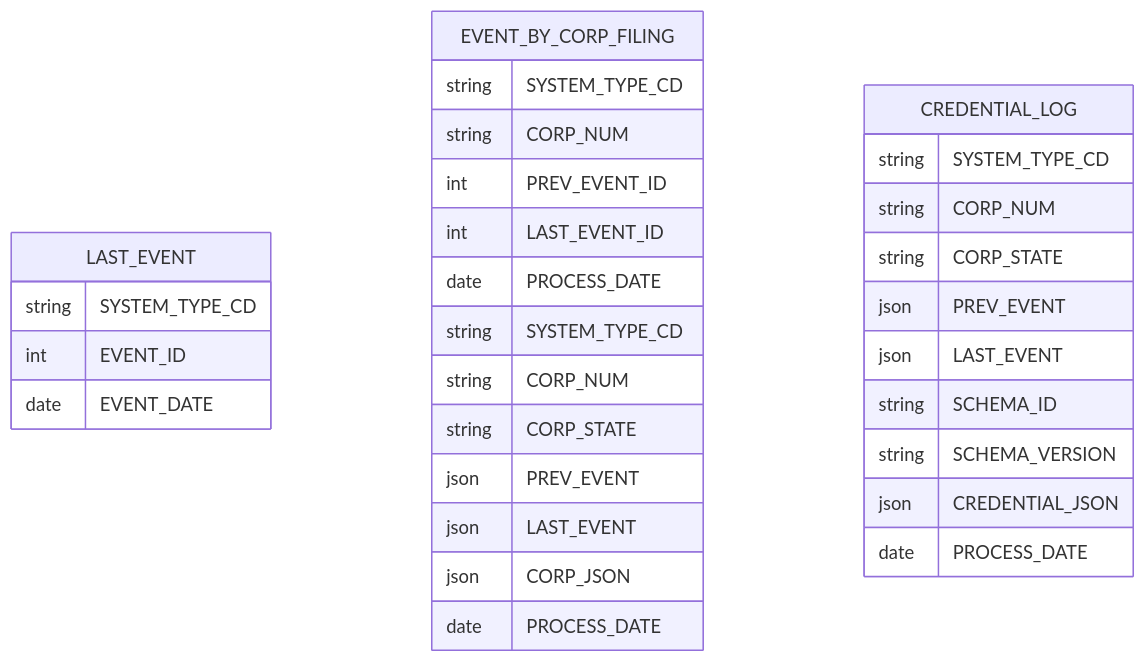
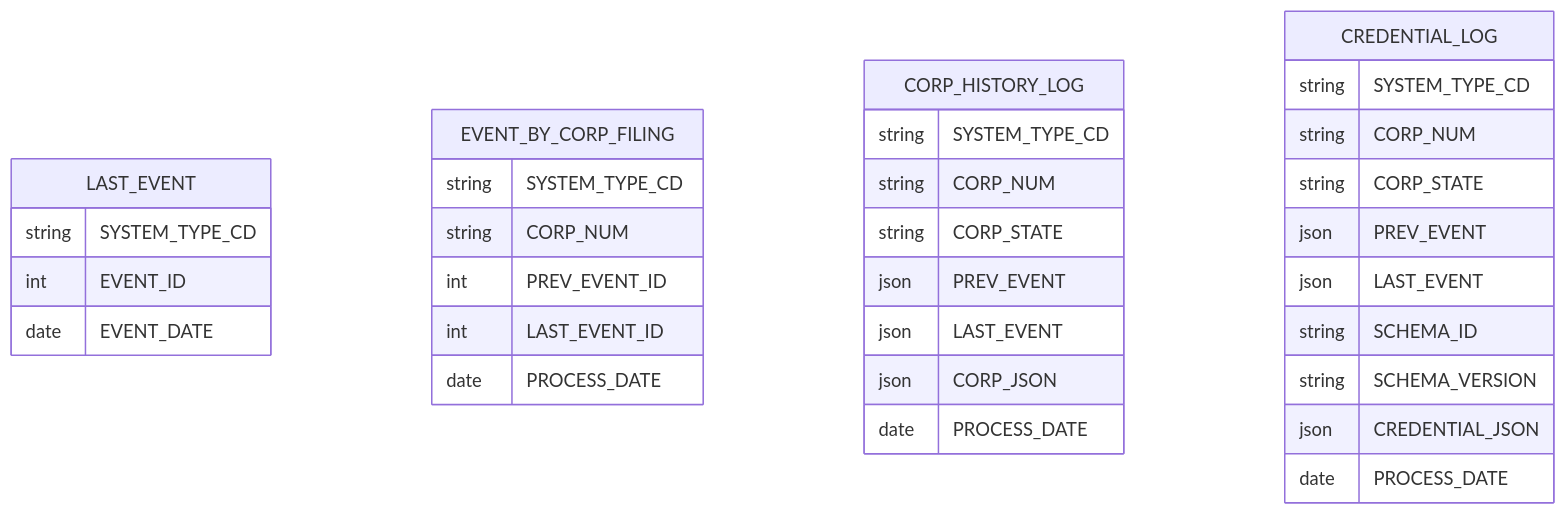
Before and after one commit to bcgov/von-bc-registries-agent: the diagram in doc/README.md, drawn with Mermaid. The commit also changed other lines of this file and 6 other files, not shown here.

````diff
--- a/doc/README.md
+++ b/doc/README.md
@@ -37,38 +37,38 @@
 ```mermaid
 erDiagram
   LAST_EVENT {
     string SYSTEM_TYPE_CD
     int EVENT_ID
     date EVENT_DATE
   }
 
   EVENT_BY_CORP_FILING {
     string SYSTEM_TYPE_CD
     string CORP_NUM
     int PREV_EVENT_ID
     int LAST_EVENT_ID
     date PROCESS_DATE
   }
 
-  EVENT_BY_CORP_FILING {
+  CORP_HISTORY_LOG {
     string SYSTEM_TYPE_CD
     string CORP_NUM
     string CORP_STATE
     json PREV_EVENT
     json LAST_EVENT
     json CORP_JSON
     date PROCESS_DATE
   }
 
   CREDENTIAL_LOG {
     string SYSTEM_TYPE_CD
     string CORP_NUM
     string CORP_STATE
     json PREV_EVENT
     json LAST_EVENT
     string SCHEMA_ID
     string SCHEMA_VERSION
     json CREDENTIAL_JSON
     date PROCESS_DATE
   }
 ```
````
